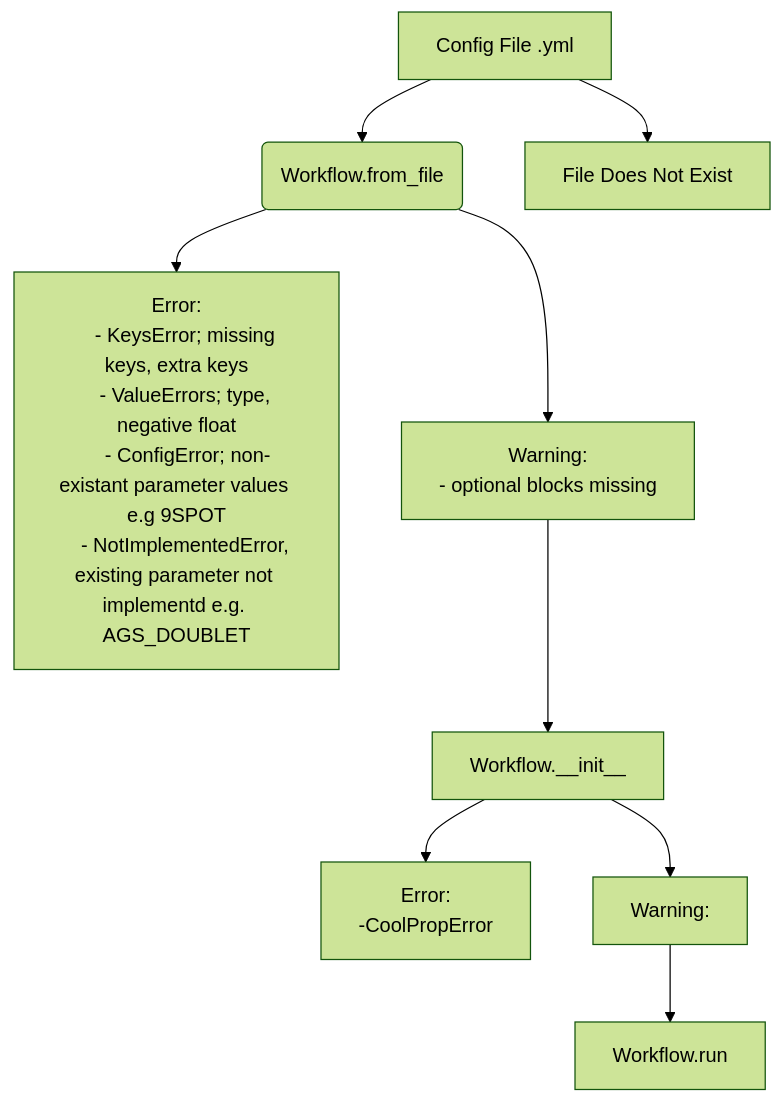
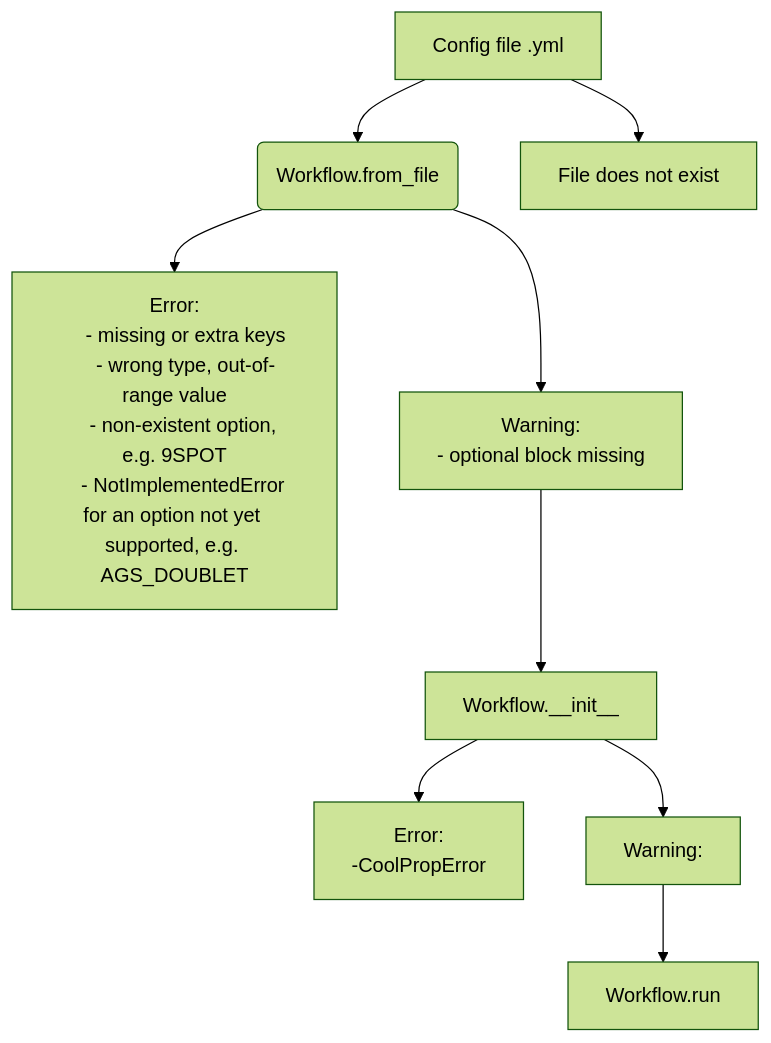
One commit to GEG-ETHZ/TANGO-core changed the diagram in docs/CONFIG_VALIDATION.md. Above: the diagram before and after it, drawn with Mermaid (forest theme). The commit also changed other lines of this file and 169 other files, not shown here.

First line of the commit message:
docs(site): documentation site, diagrams and GitHub as the only forge (#113)

````diff
--- a/docs/CONFIG_VALIDATION.md
+++ b/docs/CONFIG_VALIDATION.md
@@ -4,24 +14,24 @@
 ```mermaid
 graph TD
-    File[Config File .yml] --> ReadFile(Workflow.from_file)
-    File --> NoFile[File Does Not Exist]
+    File[Config file .yml] --> ReadFile(Workflow.from_file)
+    File --> NoFile[File does not exist]
     ReadFile --> ConfigError[
     Error:
-    - KeysError; missing keys, extra keys
-    - ValueErrors; type, negative float
-    - ConfigError; non-existant parameter values e.g 9SPOT
-    - NotImplementedError, existing parameter not implementd e.g. AGS_DOUBLET
+    - missing or extra keys
+    - wrong type, out-of-range value
+    - non-existent option, e.g. 9SPOT
+    - NotImplementedError for an option not yet supported, e.g. AGS_DOUBLET
     ]
     ReadFile --> ConfigWarning[Warning:
-    - optional blocks missing
+    - optional block missing
     ]
 
    ConfigWarning --> Workflow_init[Workflow.__init__]
 
    Workflow_init --> InitError[Error:
    -CoolPropError]
 
    Workflow_init --> InitWarning[Warning:]
 
    InitWarning --> Workflow_run[Workflow.run]
 ```
````
